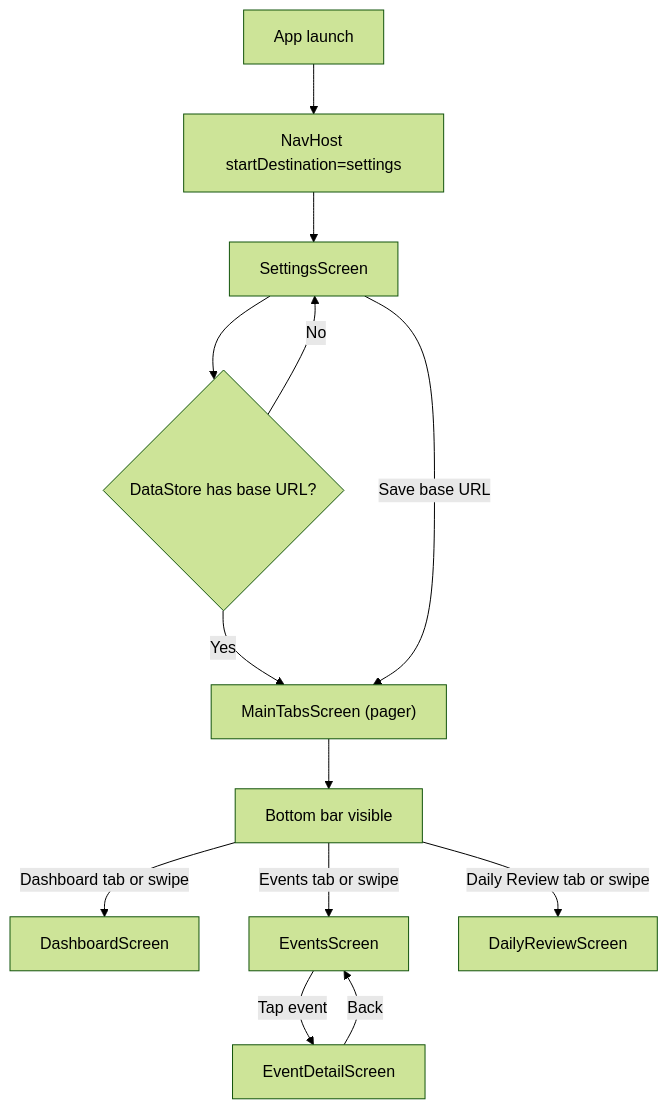
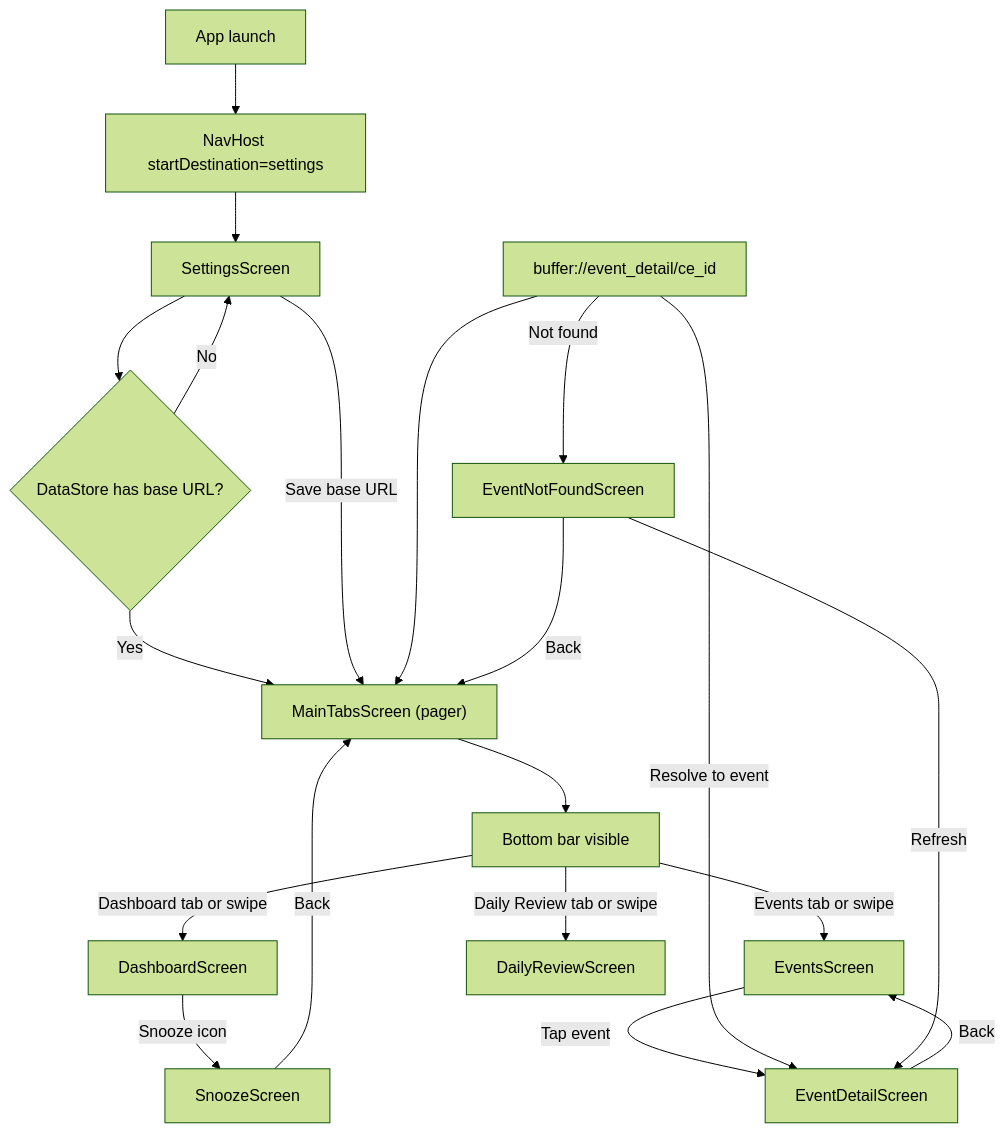
The diagram in docs/UI_MAP.md (jballard86/Frigate_Event_Viewer), drawn with Mermaid (forest theme) before and after one commit. The commit also changed other lines of this file and 19 other files, not shown here.

First line of the commit message:
Add deep links, notification actions, Snooze screen, and unread badge

````diff
--- a/docs/UI_MAP.md
+++ b/docs/UI_MAP.md
@@ -29,26 +29,33 @@
 ```mermaid
 flowchart TD
     appLaunch["App launch"]
     navHost["NavHost startDestination=settings"]
     hasBaseUrl{"DataStore has base URL?"}
     settingsScreen["SettingsScreen"]
     mainTabs["MainTabsScreen (pager)"]
     dashboard["DashboardScreen"]
     events["EventsScreen"]
     dailyReview["DailyReviewScreen"]
     eventDetail["EventDetailScreen"]
     bottomBar["Bottom bar visible"]
 
     appLaunch --> navHost
     navHost --> settingsScreen
     settingsScreen --> hasBaseUrl
     hasBaseUrl -->|Yes| mainTabs
     hasBaseUrl -->|No| settingsScreen
     settingsScreen -->|Save base URL| mainTabs
     mainTabs --> bottomBar
     bottomBar -->|Dashboard tab or swipe| dashboard
     bottomBar -->|Events tab or swipe| events
     bottomBar -->|Daily Review tab or swipe| dailyReview
     events -->|Tap event| eventDetail
     eventDetail -->|Back| events
+    deeplink["buffer://event_detail/ce_id"] --> mainTabs
+    deeplink -->|Resolve to event| eventDetail
+    deeplink -->|Not found| eventNotFound["EventNotFoundScreen"]
+    eventNotFound -->|Refresh| eventDetail
+    eventNotFound -->|Back| mainTabs
+    dashboard -->|Snooze icon| snooze["SnoozeScreen"]
+    snooze -->|Back| mainTabs
 ```
````
